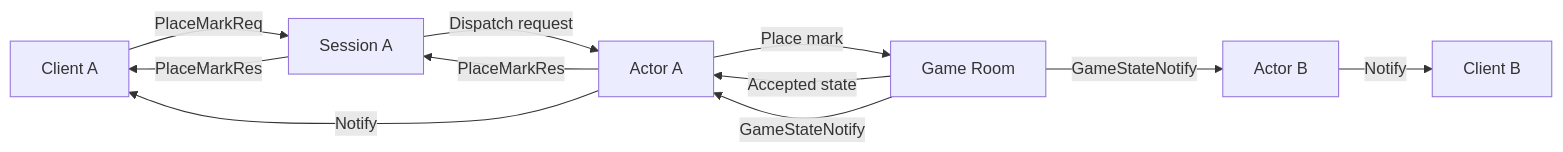
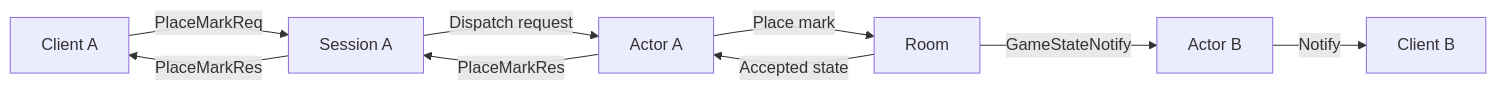
One commit to kairos-code-dev/zlink changed the fourth of 4 diagrams in framework/doc/spec/sample/tictactoe/README.ko.md. Above: the diagram before and after it, drawn with Mermaid. The commit also changed other lines of this file and 2 other files, not shown here.

Commit message:
Document common sample play architecture

````diff
--- a/framework/doc/spec/sample/tictactoe/README.ko.md
+++ b/framework/doc/spec/sample/tictactoe/README.ko.md
@@ -278,20 +336,18 @@
 ```mermaid
 flowchart LR
     CA[Client A]
     SA[Session A]
     AA[Actor A]
-    ROOM[Game Room]
+    ROOM[Room]
     AB[Actor B]
     CB[Client B]
 
     CA -->|PlaceMarkReq| SA
     SA -->|Dispatch request| AA
     AA -->|Place mark| ROOM
     ROOM -->|Accepted state| AA
     AA -->|PlaceMarkRes| SA
     SA -->|PlaceMarkRes| CA
-    ROOM -->|GameStateNotify| AA
     ROOM -->|GameStateNotify| AB
-    AA -->|Notify| CA
     AB -->|Notify| CB
 ```
````
